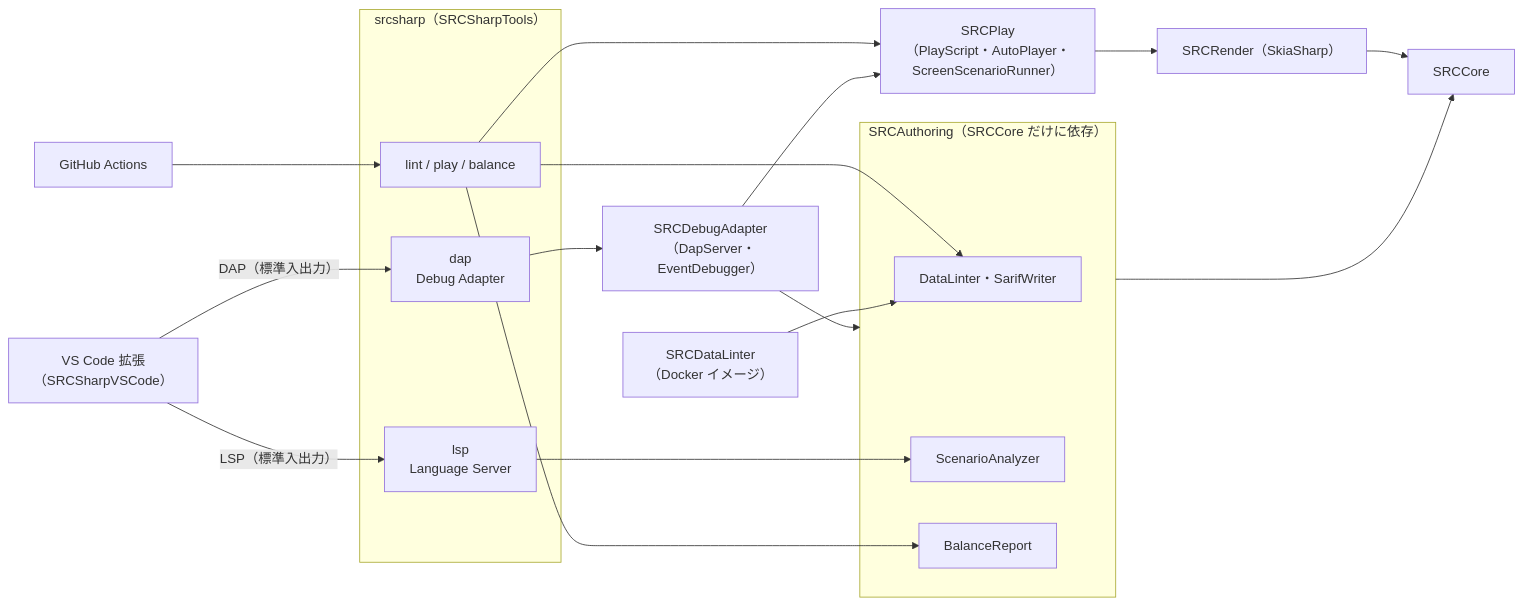
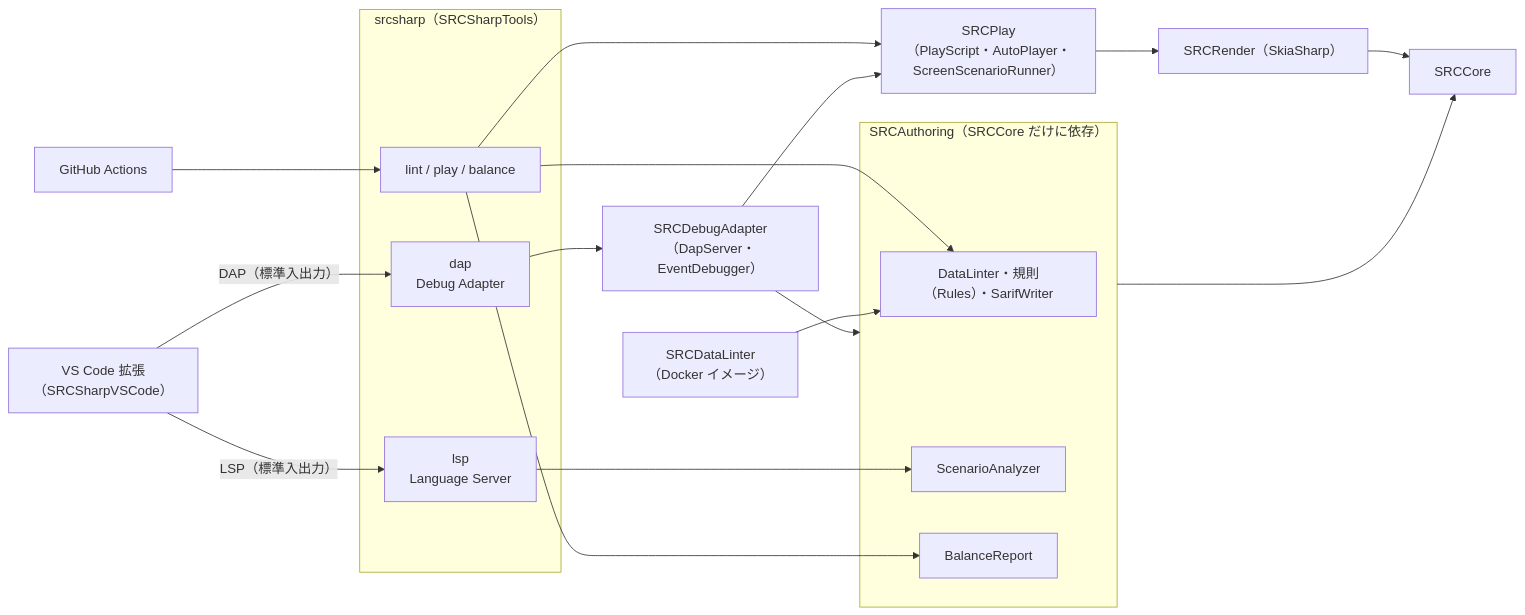
Before and after one commit to 7474/SRC: the diagram in docs/tools/authoring.md, drawn with Mermaid. The commit also changed other lines of this file and 13 other files, not shown here.

````diff
--- a/docs/tools/authoring.md
+++ b/docs/tools/authoring.md
@@ -14,28 +14,28 @@
 ```mermaid
 flowchart LR
   subgraph Tools["srcsharp（SRCSharpTools）"]
     CLI["lint / play / balance"]
     LSP["lsp<br/>Language Server"]
     DAP["dap<br/>Debug Adapter"]
   end
   subgraph Lib["SRCAuthoring（SRCCore だけに依存）"]
-    Linter["DataLinter・SarifWriter"]
+    Linter["DataLinter・規則（Rules）・SarifWriter"]
     Analyzer["ScenarioAnalyzer"]
     Balance["BalanceReport"]
   end
   Debugger["SRCDebugAdapter<br/>（DapServer・EventDebugger）"]
   Play["SRCPlay<br/>（PlayScript・AutoPlayer・<br/>ScreenScenarioRunner）"]
   Core["SRCCore"]
   Render["SRCRender（SkiaSharp）"]
   OldLinter["SRCDataLinter<br/>（Docker イメージ）"]
   CLI --> Linter & Balance & Play
   LSP --> Analyzer
   DAP --> Debugger
   Debugger --> Lib & Play
   OldLinter --> Linter
   Lib --> Core
   Play --> Render --> Core
   VSCode["VS Code 拡張<br/>（SRCSharpVSCode）"] -- "LSP（標準入出力）" --> LSP
   VSCode -- "DAP（標準入出力）" --> DAP
   CI["GitHub Actions"] --> CLI
 ```
````
